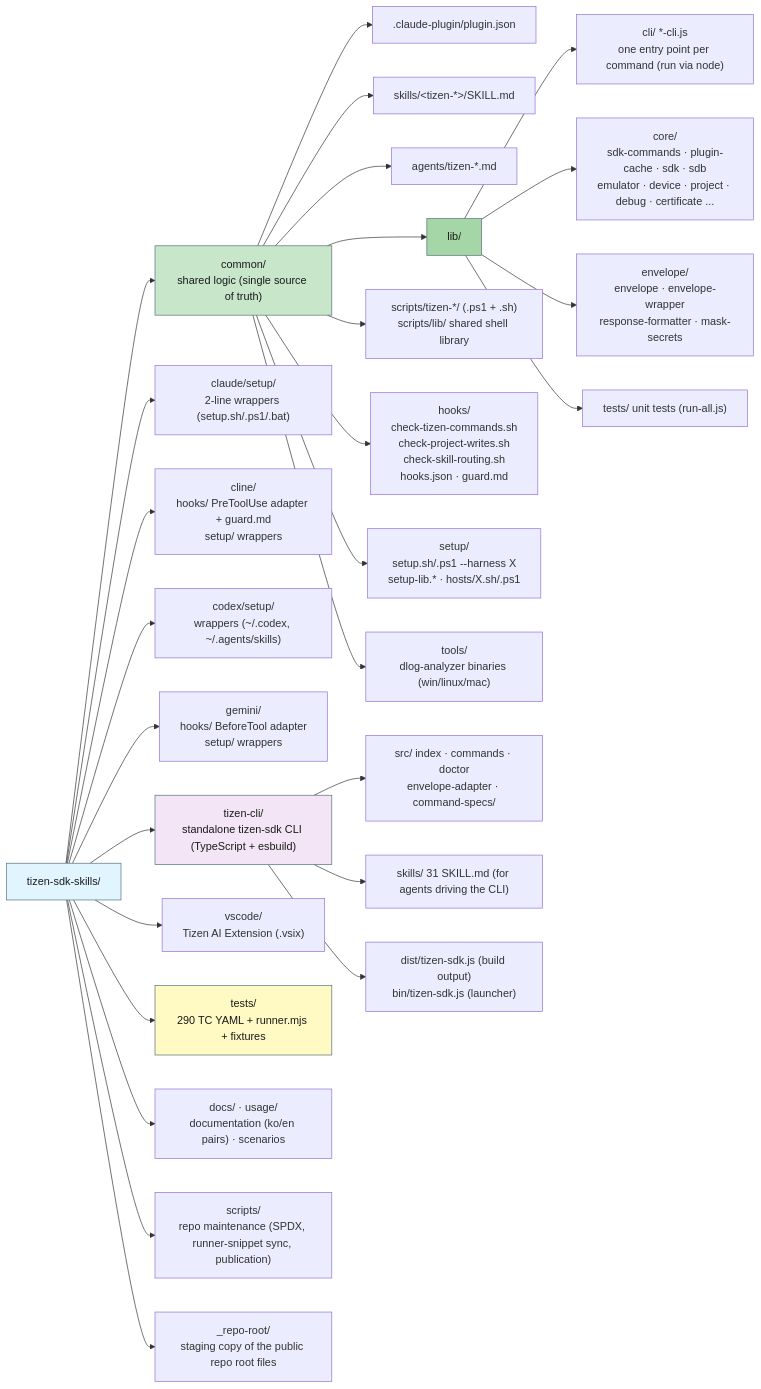
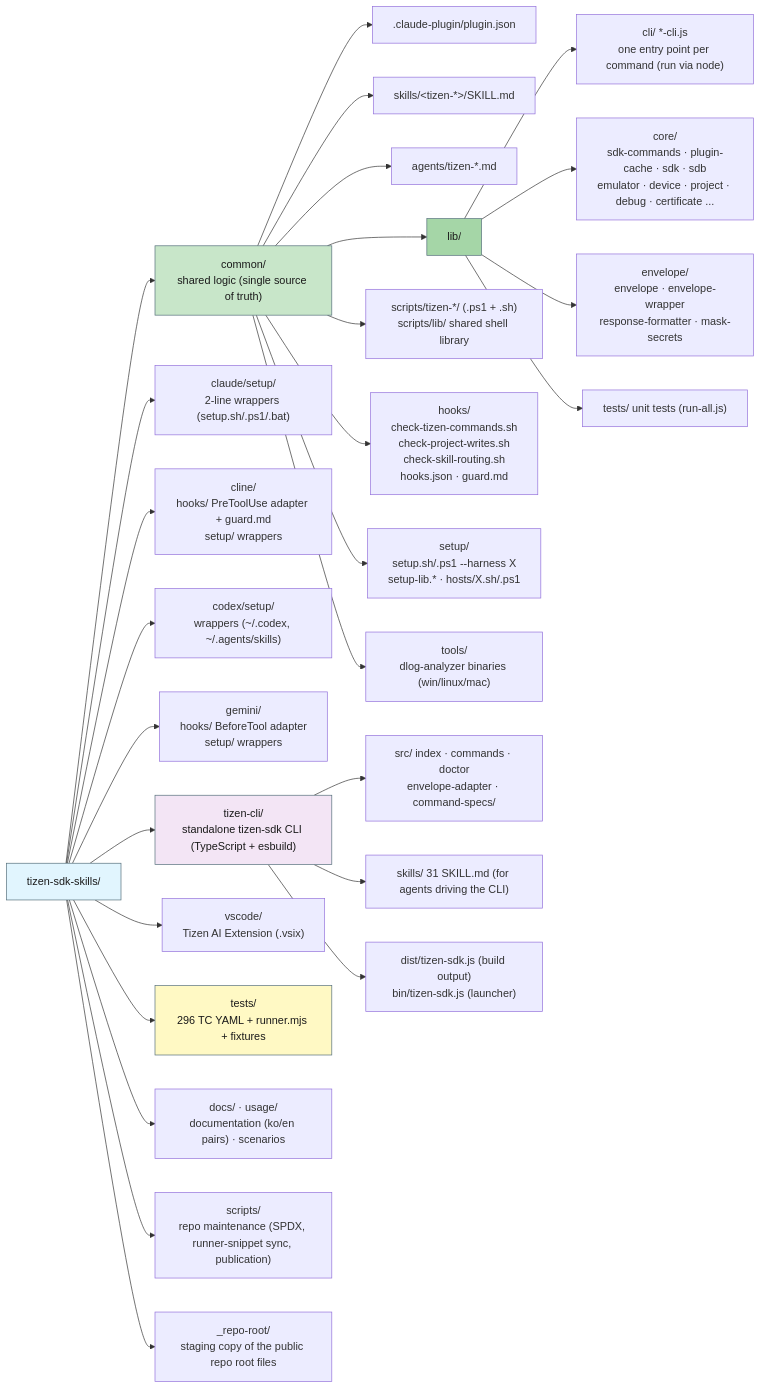
One commit to Samsung/tizen-agent-skills changed the second of 10 diagrams in tizen-sdk-skills/docs/ARCHITECTURE_DIAGRAMS.en.md. Above: the diagram before and after it, drawn with Mermaid. The commit also changed other lines of this file and 3 other files, not shown here.

````diff
--- a/tizen-sdk-skills/docs/ARCHITECTURE_DIAGRAMS.en.md
+++ b/tizen-sdk-skills/docs/ARCHITECTURE_DIAGRAMS.en.md
@@ -77,40 +77,40 @@
 ```mermaid
 graph LR
     ROOT["tizen-sdk-skills/"]
 
     ROOT --> COMMON["common/<br/>shared logic (single source of truth)"]
     ROOT --> CLAUDE["claude/setup/<br/>2-line wrappers (setup.sh/.ps1/.bat)"]
     ROOT --> CLINE["cline/<br/>hooks/ PreToolUse adapter + guard.md<br/>setup/ wrappers"]
     ROOT --> CODEX["codex/setup/<br/>wrappers (~/.codex, ~/.agents/skills)"]
     ROOT --> GEMINI["gemini/<br/>hooks/ BeforeTool adapter<br/>setup/ wrappers"]
     ROOT --> TCLI["tizen-cli/<br/>standalone tizen-sdk CLI (TypeScript + esbuild)"]
     ROOT --> VSC["vscode/<br/>Tizen AI Extension (.vsix)"]
-    ROOT --> TESTS["tests/<br/>290 TC YAML + runner.mjs + fixtures"]
+    ROOT --> TESTS["tests/<br/>296 TC YAML + runner.mjs + fixtures"]
     ROOT --> DOCS["docs/ · usage/<br/>documentation (ko/en pairs) · scenarios"]
     ROOT --> SCR["scripts/<br/>repo maintenance (SPDX, runner-snippet sync, publication)"]
     ROOT --> REPOROOT["_repo-root/<br/>staging copy of the public repo root files"]
 
     COMMON --> C_PLUGIN[".claude-plugin/plugin.json"]
     COMMON --> C_SKILLS["skills/&lt;tizen-*&gt;/SKILL.md"]
     COMMON --> C_AGENTS["agents/tizen-*.md"]
     COMMON --> C_LIB["lib/"]
     COMMON --> C_SCRIPTS["scripts/tizen-*/ (.ps1 + .sh)<br/>scripts/lib/ shared shell library"]
     COMMON --> C_HOOKS["hooks/<br/>check-tizen-commands.sh<br/>check-project-writes.sh<br/>check-skill-routing.sh<br/>hooks.json · guard.md"]
     COMMON --> C_SETUP["setup/<br/>setup.sh/.ps1 --harness X<br/>setup-lib.* · hosts/X.sh/.ps1"]
     COMMON --> C_TOOLS["tools/<br/>dlog-analyzer binaries (win/linux/mac)"]
 
     C_LIB --> L_CLI["cli/ *-cli.js<br/>one entry point per command (run via node)"]
     C_LIB --> L_CORE["core/<br/>sdk-commands · plugin-cache · sdk · sdb<br/>emulator · device · project · debug · certificate ..."]
     C_LIB --> L_ENV["envelope/<br/>envelope · envelope-wrapper<br/>response-formatter · mask-secrets"]
     C_LIB --> L_TESTS["tests/ unit tests (run-all.js)"]
 
     TCLI --> T_SRC["src/ index · commands · doctor<br/>envelope-adapter · command-specs/"]
     TCLI --> T_SKILLS["skills/ 31 SKILL.md (for agents driving the CLI)"]
     TCLI --> T_DIST["dist/tizen-sdk.js (build output)<br/>bin/tizen-sdk.js (launcher)"]
 
     style ROOT fill:#e1f5fe,stroke:#546e7a,color:#1a1a1a
     style COMMON fill:#c8e6c9,stroke:#546e7a,color:#1a1a1a
     style C_LIB fill:#a5d6a7,stroke:#546e7a,color:#1a1a1a
     style TCLI fill:#f3e5f5,stroke:#546e7a,color:#1a1a1a
     style TESTS fill:#fff9c4,stroke:#546e7a,color:#1a1a1a
 ```
````
